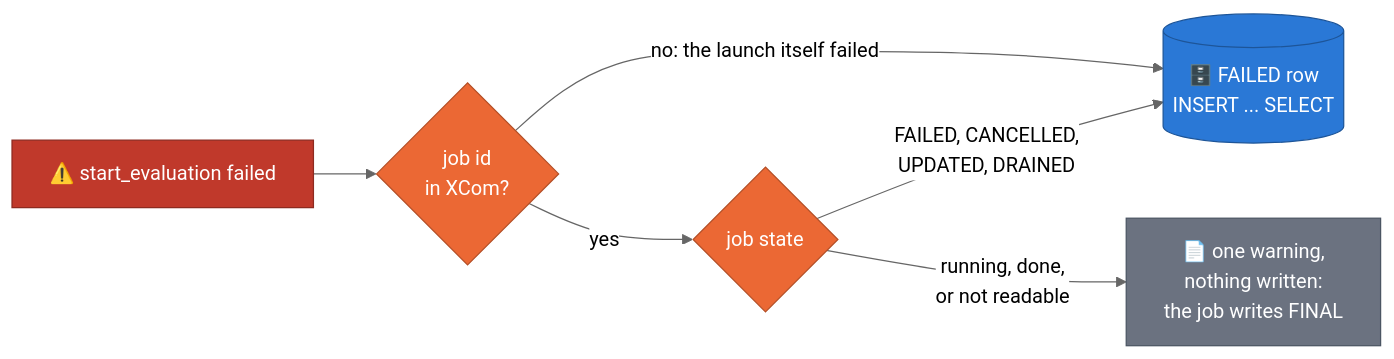
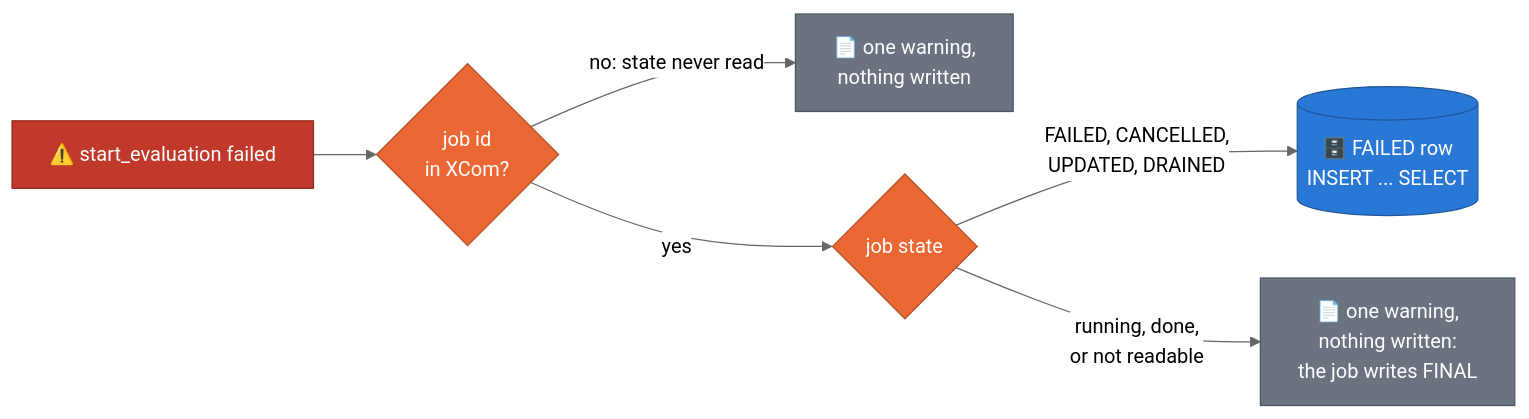
The fifth of 5 diagrams in packages/sdfb-evaluation/README.md (albertols/synthetic-llm-dataflow-bigquery), drawn with Mermaid (neutral theme) before and after one commit. The commit also changed other lines of this file and 2 other files, not shown here.

Commit message:
wip(evaluation): final review residuals — the callback writes nothing without a job id

````diff
--- a/packages/sdfb-evaluation/README.md
+++ b/packages/sdfb-evaluation/README.md
@@ -397,12 +399,12 @@
 ```mermaid
 flowchart LR
   F["⚠️ start_evaluation failed"]:::bad --> X{"job id<br/>in XCom?"}:::beam
-  X -- "no: the launch itself failed" --> W[("🗄️ FAILED row<br/>INSERT ... SELECT")]:::store
+  X -- "no: state never read" --> N0["📄 one warning,<br/>nothing written"]:::data
   X -- "yes" --> S{"job state"}:::beam
-  S -- "FAILED, CANCELLED,<br/>UPDATED, DRAINED" --> W
+  S -- "FAILED, CANCELLED,<br/>UPDATED, DRAINED" --> W[("🗄️ FAILED row<br/>INSERT ... SELECT")]:::store
   S -- "running, done,<br/>or not readable" --> N["📄 one warning,<br/>nothing written:<br/>the job writes FINAL"]:::data
   classDef beam  fill:#eb6834,color:#fff,stroke:#b44f26
   classDef store fill:#2a78d6,color:#fff,stroke:#1d5599
   classDef data  fill:#6b7280,color:#fff,stroke:#4b5563
   classDef bad   fill:#c0392b,color:#fff,stroke:#8e2a20
 ```
````
